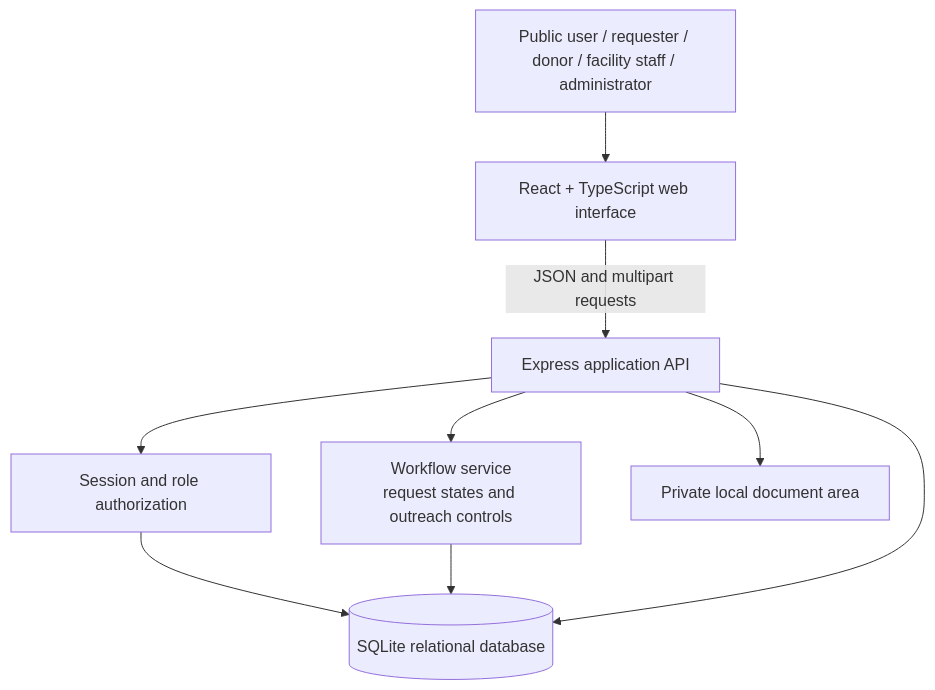
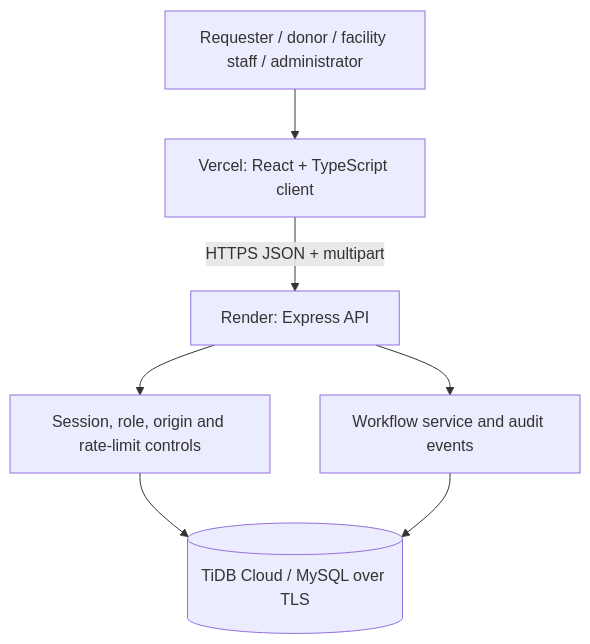
The diagram in docs/ARCHITECTURE.md (bishal-dhungana/raktakosh), drawn with Mermaid before and after one commit. The commit also changed other lines of this file and 17 other files, not shown here.

First line of the commit message:
feat(deploy): Add TiDB-backed hosted architecture

````diff
--- a/docs/ARCHITECTURE.md
+++ b/docs/ARCHITECTURE.md
@@ -7,19 +7,16 @@
 ```mermaid
 flowchart TB
-    U[Public user / requester / donor / facility staff / administrator]
-    W[React + TypeScript web interface]
-    A[Express application API]
-    AU[Session and role authorization]
-    WF[Workflow service\nrequest states and outreach controls]
-    DB[(SQLite relational database)]
-    FS[Private local document area]
+    U[Requester / donor / facility staff / administrator]
+    W[Vercel: React + TypeScript client]
+    A[Render: Express API]
+    S[Session, role, origin and rate-limit controls]
+    WF[Workflow service and audit events]
+    DB[(TiDB Cloud / MySQL over TLS)]
 
     U --> W
-    W -->|JSON and multipart requests| A
-    A --> AU
+    W -->|HTTPS JSON + multipart| A
+    A --> S
     A --> WF
-    AU --> DB
+    S --> DB
     WF --> DB
-    A --> DB
-    A --> FS
 ```
````
